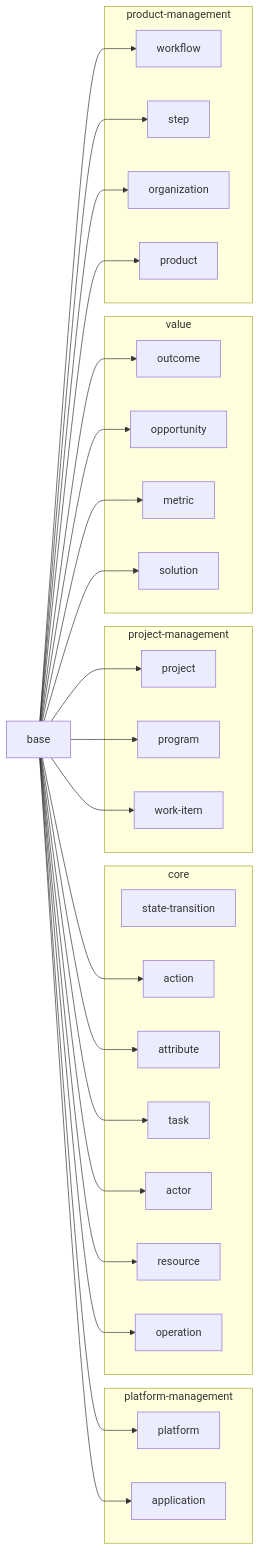
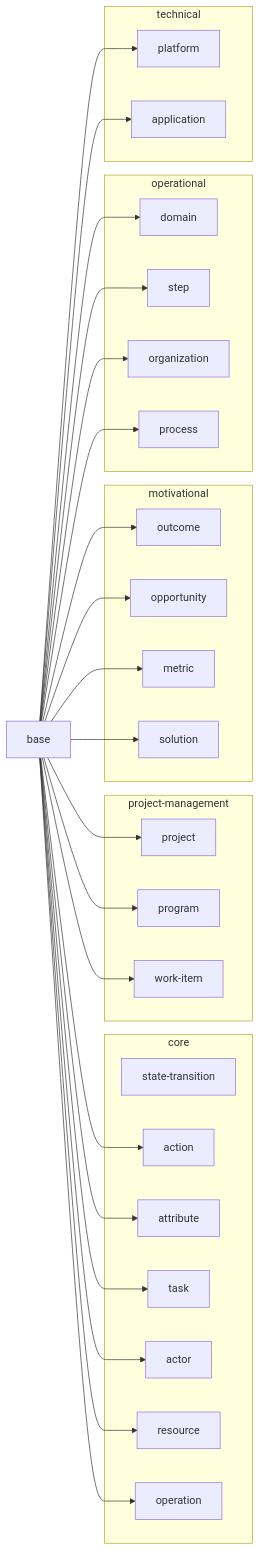
One commit to upgrade-solutions/dna changed the diagram in packages/libraries/typescript/docs/schemas/definitions.mermaid.md. Above: the diagram before and after it, drawn with Mermaid. The commit also changed 102 other files, not shown here.

````diff
--- a/packages/libraries/typescript/docs/schemas/definitions.mermaid.md
+++ b/packages/libraries/typescript/docs/schemas/definitions.mermaid.md
@@ -1,52 +1,52 @@
 ```mermaid
 graph LR
-  subgraph platformmanagement["platform-management"]
-    platform["platform"]
-    application["application"]
-  end
   subgraph core["core"]
     statetransition["state-transition"]
     action["action"]
     attribute["attribute"]
     task["task"]
     actor["actor"]
     resource["resource"]
     operation["operation"]
   end
   subgraph projectmanagement["project-management"]
     project["project"]
     program["program"]
     workitem["work-item"]
   end
-  subgraph value["value"]
+  subgraph motivational["motivational"]
     outcome["outcome"]
     opportunity["opportunity"]
     metric["metric"]
     solution["solution"]
   end
-  subgraph productmanagement["product-management"]
-    workflow["workflow"]
+  subgraph operational["operational"]
+    domain["domain"]
     step["step"]
     organization["organization"]
-    product["product"]
+    process["process"]
   end
-  base --> platform
-  base --> application
+  subgraph technical["technical"]
+    platform["platform"]
+    application["application"]
+  end
   base --> action
   base --> attribute
   base --> task
   base --> actor
   base --> resource
   base --> operation
   base --> project
   base --> program
   base --> workitem
   base --> outcome
   base --> opportunity
   base --> metric
   base --> solution
-  base --> workflow
+  base --> domain
   base --> step
   base --> organization
-  base --> product
+  base --> process
+  base --> platform
+  base --> application
 ```
````
